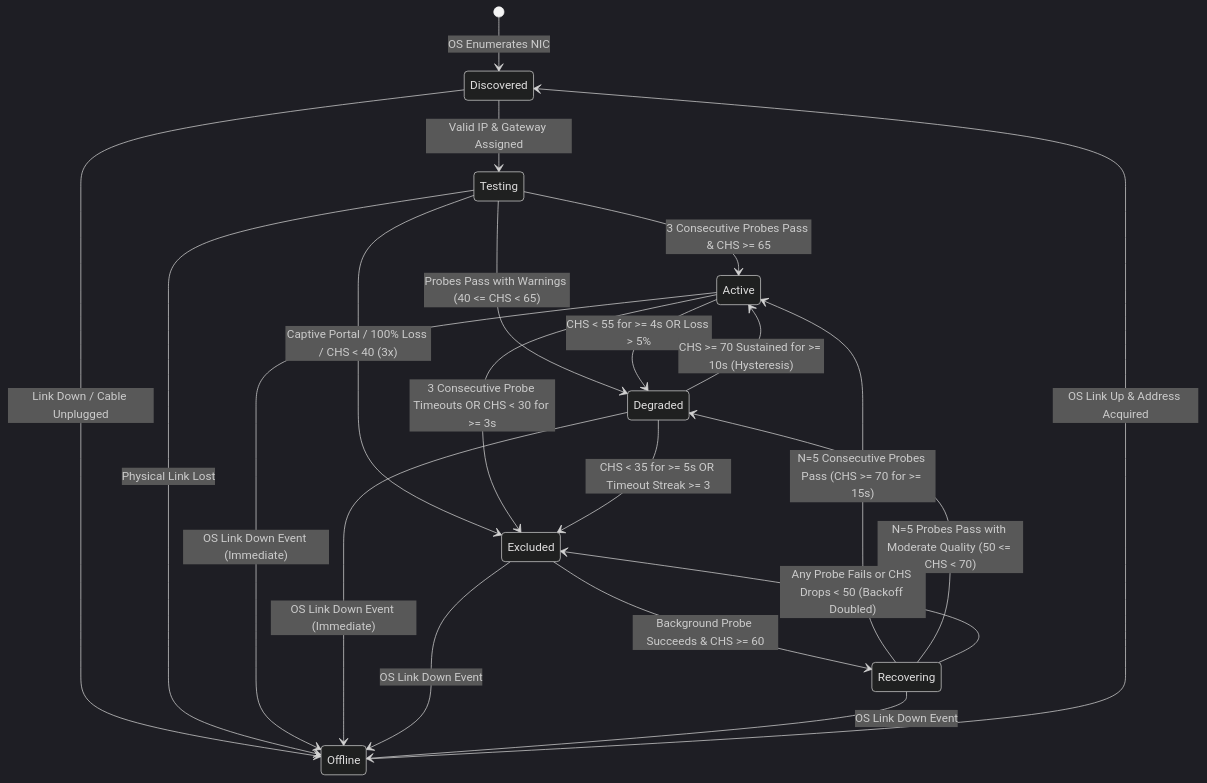
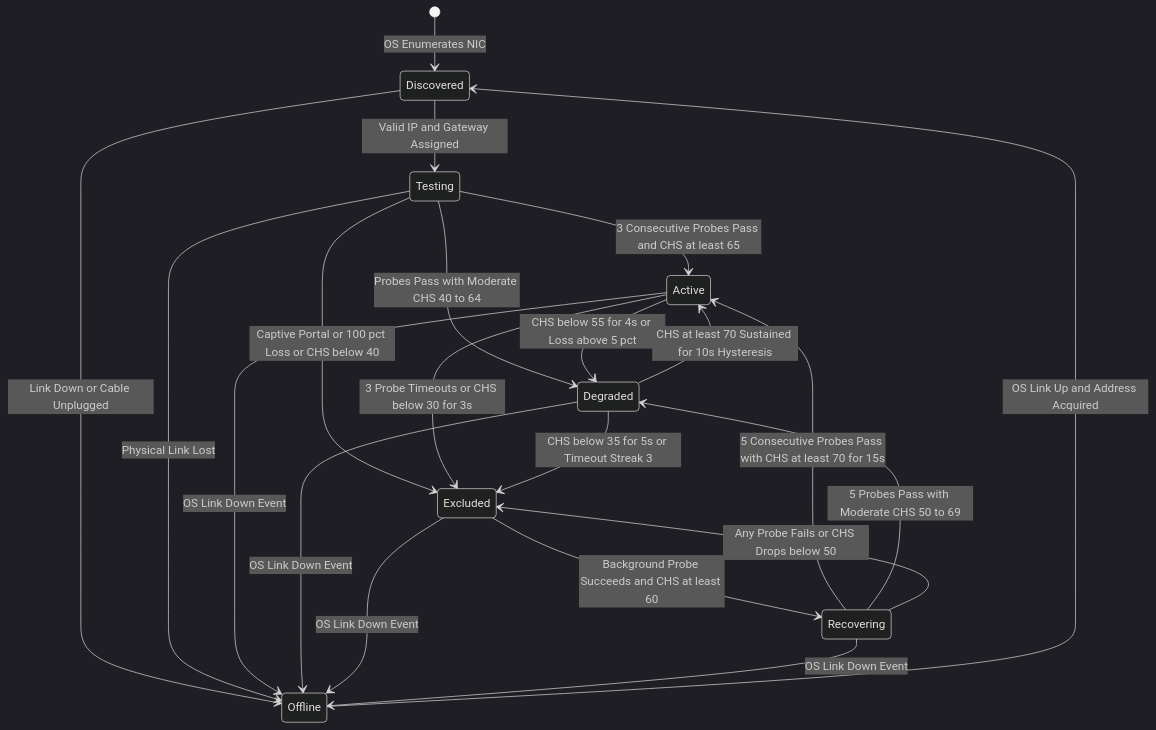
Before and after one commit to cubicreates/WifiGigaChad420: diagram 11 of 14 in Docs/WiFi_GigaChad_420_Plan.md, drawn with Mermaid (dark theme). The commit also changed other lines of this file and 4 other files, not shown here.

````diff
--- a/Docs/WiFi_GigaChad_420_Plan.md
+++ b/Docs/WiFi_GigaChad_420_Plan.md
@@ -1761,30 +1835,30 @@
 ```mermaid
 stateDiagram-v2
     [*] --> Discovered : OS Enumerates NIC
 
-    Discovered --> Testing : Valid IP & Gateway Assigned
-    Discovered --> Offline : Link Down / Cable Unplugged
+    Discovered --> Testing : Valid IP and Gateway Assigned
+    Discovered --> Offline : Link Down or Cable Unplugged
 
-    Testing --> Active : 3 Consecutive Probes Pass & CHS >= 65
-    Testing --> Degraded : Probes Pass with Warnings (40 <= CHS < 65)
-    Testing --> Excluded : Captive Portal / 100% Loss / CHS < 40 (3x)
+    Testing --> Active : 3 Consecutive Probes Pass and CHS at least 65
+    Testing --> Degraded : Probes Pass with Moderate CHS 40 to 64
+    Testing --> Excluded : Captive Portal or 100 pct Loss or CHS below 40
     Testing --> Offline : Physical Link Lost
 
-    Active --> Degraded : CHS < 55 for >= 4s OR Loss > 5%
-    Active --> Excluded : 3 Consecutive Probe Timeouts OR CHS < 30 for >= 3s
-    Active --> Offline : OS Link Down Event (Immediate)
+    Active --> Degraded : CHS below 55 for 4s or Loss above 5 pct
+    Active --> Excluded : 3 Probe Timeouts or CHS below 30 for 3s
+    Active --> Offline : OS Link Down Event
 
-    Degraded --> Active : CHS >= 70 Sustained for >= 10s (Hysteresis)
-    Degraded --> Excluded : CHS < 35 for >= 5s OR Timeout Streak >= 3
-    Degraded --> Offline : OS Link Down Event (Immediate)
+    Degraded --> Active : CHS at least 70 Sustained for 10s Hysteresis
+    Degraded --> Excluded : CHS below 35 for 5s or Timeout Streak 3
+    Degraded --> Offline : OS Link Down Event
 
-    Excluded --> Recovering : Background Probe Succeeds & CHS >= 60
+    Excluded --> Recovering : Background Probe Succeeds and CHS at least 60
     Excluded --> Offline : OS Link Down Event
 
-    Recovering --> Active : N=5 Consecutive Probes Pass (CHS >= 70 for >= 15s)
-    Recovering --> Degraded : N=5 Probes Pass with Moderate Quality (50 <= CHS < 70)
-    Recovering --> Excluded : Any Probe Fails or CHS Drops < 50 (Backoff Doubled)
+    Recovering --> Active : 5 Consecutive Probes Pass with CHS at least 70 for 15s
+    Recovering --> Degraded : 5 Probes Pass with Moderate CHS 50 to 69
+    Recovering --> Excluded : Any Probe Fails or CHS Drops below 50
     Recovering --> Offline : OS Link Down Event
 
-    Offline --> Discovered : OS Link Up & Address Acquired
+    Offline --> Discovered : OS Link Up and Address Acquired
 ```
````
